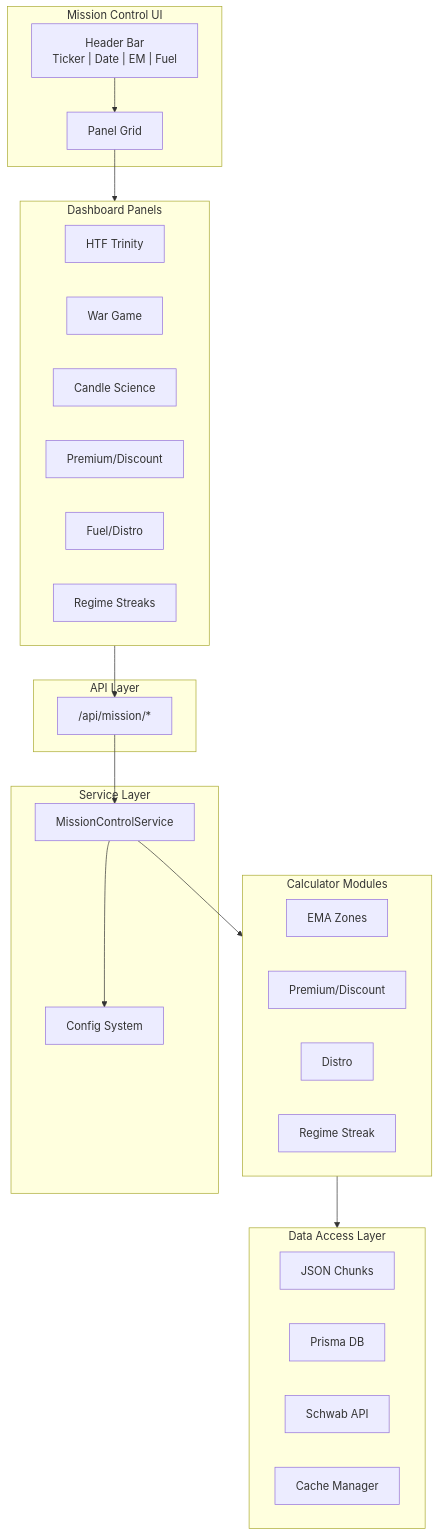
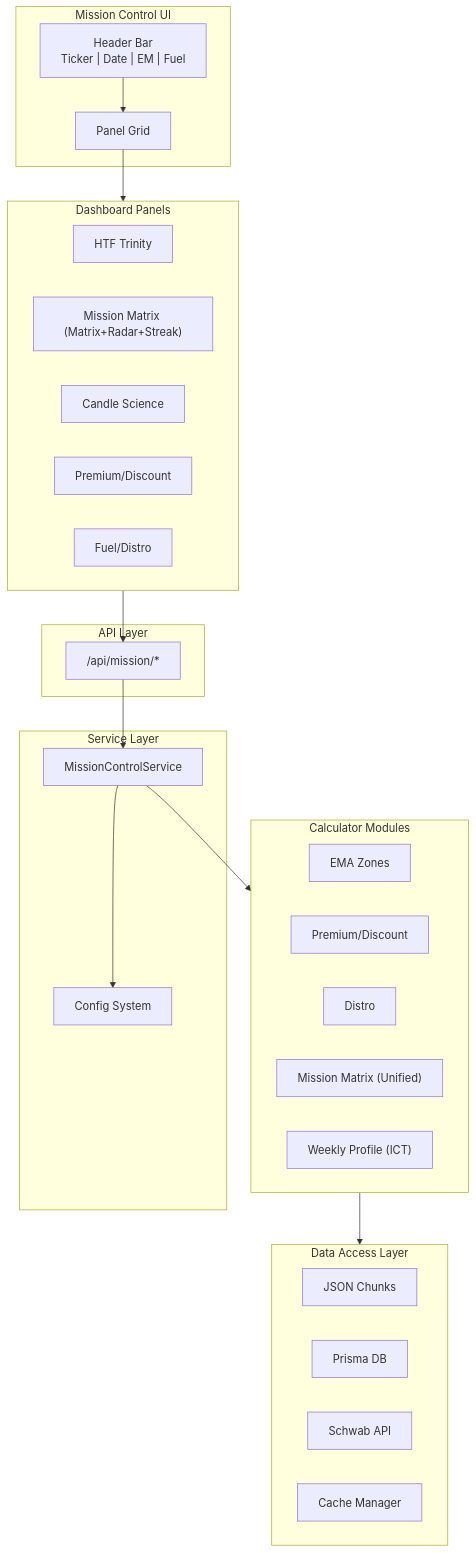
The first of 3 diagrams in docs/features/mission_control/DESIGN.md (vinay-veerappa/tvDownloadOHLC), drawn with Mermaid before and after one commit. The commit also changed other lines of this file and 29 other files, not shown here.

````diff
--- a/docs/features/mission_control/DESIGN.md
+++ b/docs/features/mission_control/DESIGN.md
@@ -34,51 +34,51 @@
 ```mermaid
 graph TB
     subgraph UI["Mission Control UI"]
         Header["Header Bar<br/>Ticker | Date | EM | Fuel"]
         Grid["Panel Grid"]
         Header --> Grid
     end
     
     subgraph Panels["Dashboard Panels"]
         HTF["HTF Trinity"]
-        WG["War Game"]
+        MM["Mission Matrix (Matrix+Radar+Streak)"]
         CS["Candle Science"]
         PD["Premium/Discount"]
         Distro["Fuel/Distro"]
-        RS["Regime Streaks"]
     end
     
     Grid --> Panels
     
     subgraph API["API Layer"]
         Routes["/api/mission/*"]
     end
     
     Panels --> Routes
     
     subgraph Service["Service Layer"]
         MCS["MissionControlService"]
         Config["Config System"]
         MCS --> Config
     end
     
     Routes --> MCS
     
     subgraph Calculators["Calculator Modules"]
         EMA["EMA Zones"]
         PDCalc["Premium/Discount"]
         DistroCalc["Distro"]
-        StreakCalc["Regime Streak"]
+        MMCalc["Mission Matrix (Unified)"]
+        WPCalc["Weekly Profile (ICT)"]
     end
     
     MCS --> Calculators
     
     subgraph Data["Data Access Layer"]
         JSON["JSON Chunks"]
         Prisma["Prisma DB"]
         Schwab["Schwab API"]
         Cache["Cache Manager"]
     end
     
     Calculators --> Data
 ```
````
